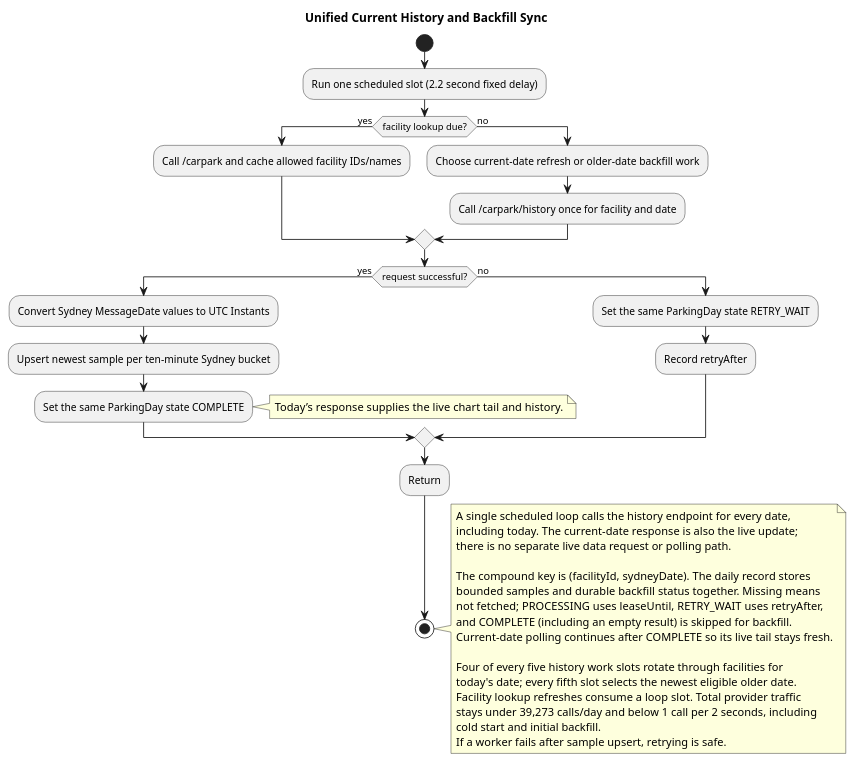
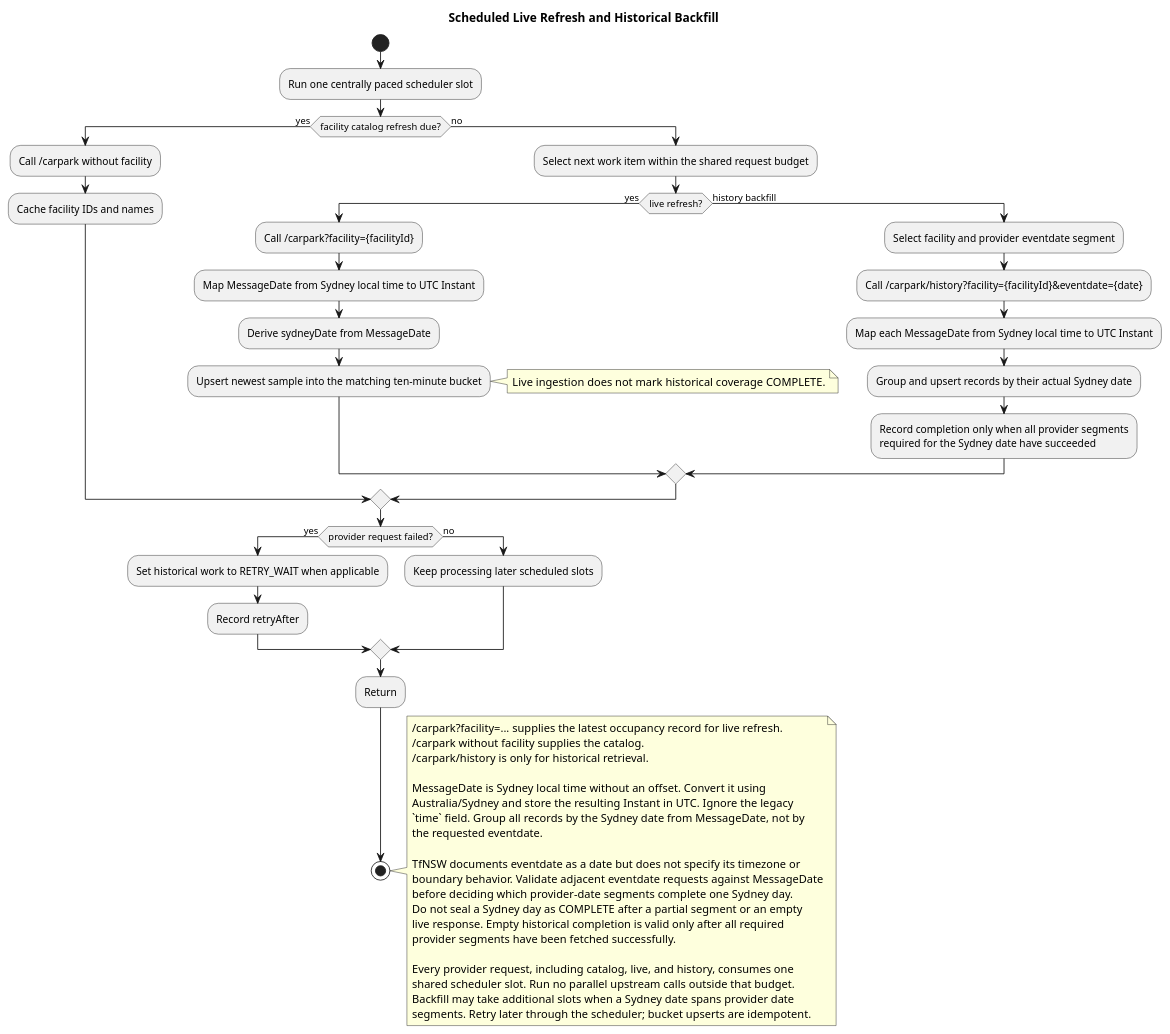
The diagram in domain/models/backfill-flow.puml (Ethan-Singh/metro-parking-web-service), drawn with PlantUML before and after one commit. The commit also changed 2 other files, not shown here.

Commit message:
docs: specify live and history ingestion split

```diff
--- a/domain/models/backfill-flow.puml
+++ b/domain/models/backfill-flow.puml
@@ -1,41 +1,56 @@
 @startuml
-title Unified Current History and Backfill Sync
+title Scheduled Live Refresh and Historical Backfill
 start
-:Run one scheduled slot (2.2 second fixed delay);
-if (facility lookup due?) then (yes)
-  :Call /carpark and cache allowed facility IDs/names;
+:Run one centrally paced scheduler slot;
+if (facility catalog refresh due?) then (yes)
+  :Call /carpark without facility;
+  :Cache facility IDs and names;
 else (no)
-  :Choose current-date refresh or older-date backfill work;
-  :Call /carpark/history once for facility and date;
+  :Select next work item within the shared request budget;
+  if (live refresh?) then (yes)
+    :Call /carpark?facility={facilityId};
+    :Map MessageDate from Sydney local time to UTC Instant;
+    :Derive sydneyDate from MessageDate;
+    :Upsert newest sample into the matching ten-minute bucket;
+    note right: Live ingestion does not mark historical coverage COMPLETE.
+  else (history backfill)
+    :Select facility and provider eventdate segment;
+    :Call /carpark/history?facility={facilityId}&eventdate={date};
+    :Map each MessageDate from Sydney local time to UTC Instant;
+    :Group and upsert records by their actual Sydney date;
+    :Record completion only when all provider segments
+    required for the Sydney date have succeeded;
+  endif
 endif
-if (request successful?) then (yes)
-  :Convert Sydney MessageDate values to UTC Instants;
-  :Upsert newest sample per ten-minute Sydney bucket;
-  :Set the same ParkingDay state COMPLETE;
-  note right: Today’s response supplies the live chart tail and history.
+if (provider request failed?) then (yes)
+  :Set historical work to RETRY_WAIT when applicable;
+  :Record retryAfter;
 else (no)
-  :Set the same ParkingDay state RETRY_WAIT;
-  :Record retryAfter;
+  :Keep processing later scheduled slots;
 endif
 :Return;
 stop
 
 note right
-  A single scheduled loop calls the history endpoint for every date,
-  including today. The current-date response is also the live update;
-  there is no separate live data request or polling path.
+  /carpark?facility=... supplies the latest occupancy record for live refresh.
+  /carpark without facility supplies the catalog.
+  /carpark/history is only for historical retrieval.
 
-  The compound key is (facilityId, sydneyDate). The daily record stores
-  bounded samples and durable backfill status together. Missing means
-  not fetched; PROCESSING uses leaseUntil, RETRY_WAIT uses retryAfter,
-  and COMPLETE (including an empty result) is skipped for backfill.
-  Current-date polling continues after COMPLETE so its live tail stays fresh.
+  MessageDate is Sydney local time without an offset. Convert it using
+  Australia/Sydney and store the resulting Instant in UTC. Ignore the legacy
+  `time` field. Group all records by the Sydney date from MessageDate, not by
+  the requested eventdate.
 
-  Four of every five history work slots rotate through facilities for
-  today's date; every fifth slot selects the newest eligible older date.
-  Facility lookup refreshes consume a loop slot. Total provider traffic
-  stays under 39,273 calls/day and below 1 call per 2 seconds, including
-  cold start and initial backfill.
-  If a worker fails after sample upsert, retrying is safe.
+  TfNSW documents eventdate as a date but does not specify its timezone or
+  boundary behavior. Validate adjacent eventdate requests against MessageDate
+  before deciding which provider-date segments complete one Sydney day.
+  Do not seal a Sydney day as COMPLETE after a partial segment or an empty
+  live response. Empty historical completion is valid only after all required
+  provider segments have been fetched successfully.
+
+  Every provider request, including catalog, live, and history, consumes one
+  shared scheduler slot. Run no parallel upstream calls outside that budget.
+  Backfill may take additional slots when a Sydney date spans provider date
+  segments. Retry later through the scheduler; bucket upserts are idempotent.
 end note
 @enduml
```
